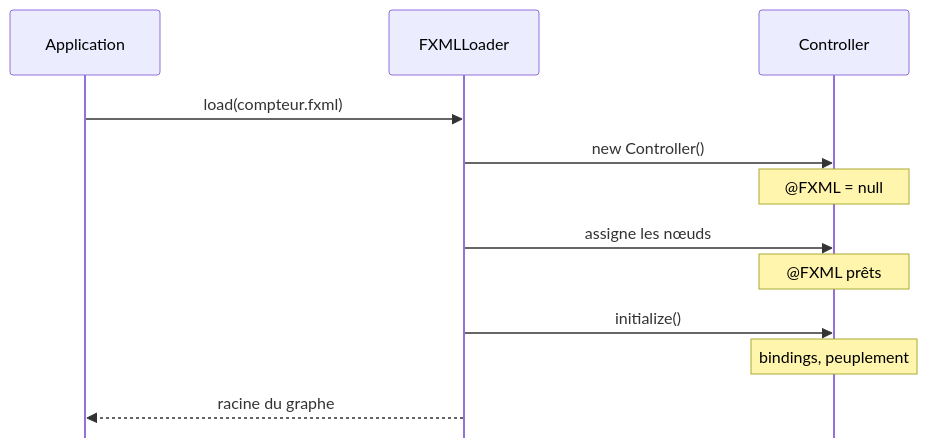
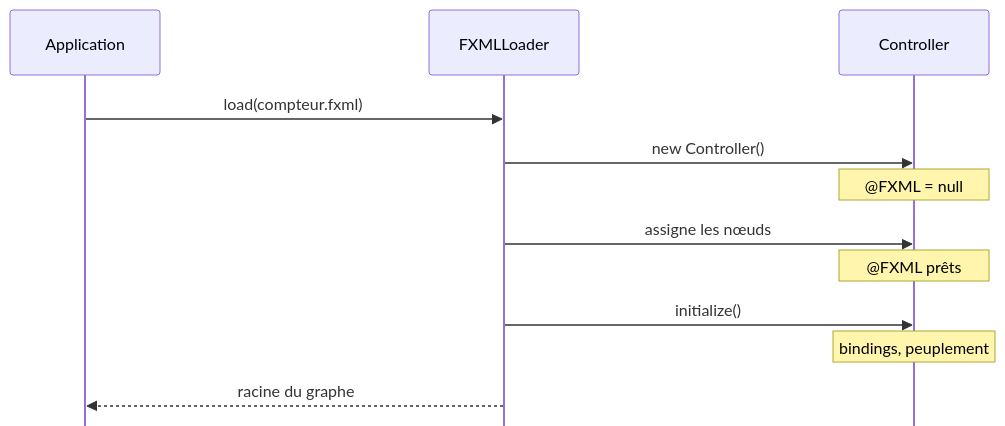
One commit to IUTInfoAix-R202/cours changed the diagram in scripts/kroki-sources/cm3-fxml-cycle-vie.mmd. Above: the diagram before and after it, drawn with Mermaid. The commit also changed 1 other file, not shown here.

Commit message:
style(cm3): ajustements fins du diagramme cycle de vie (polices 14/13, actorMargin 260)

```diff
--- a/scripts/kroki-sources/cm3-fxml-cycle-vie.mmd
+++ b/scripts/kroki-sources/cm3-fxml-cycle-vie.mmd
@@ -1,13 +1,13 @@
-%%{init: {'sequence': {'messageFontSize': 16, 'actorFontSize': 16, 'noteFontSize': 15, 'messageMargin': 30, 'boxMargin': 6, 'boxTextMargin': 4, 'noteMargin': 8, 'actorMargin': 220, 'mirrorActors': false, 'wrap': false}}}%%
+%%{init: {'sequence': {'messageFontSize': 14, 'actorFontSize': 14, 'noteFontSize': 13, 'messageMargin': 20, 'boxMargin': 6, 'boxTextMargin': 4, 'noteMargin': 6, 'actorMargin': 260, 'mirrorActors': false, 'wrap': false}}}%%
 sequenceDiagram
     participant App as Application
     participant FL as FXMLLoader
     participant C as Controller
     App->>FL: load(compteur.fxml)
     FL->>C: new Controller()
     Note over C: @FXML = null
     FL->>C: assigne les nœuds
     Note over C: @FXML prêts
     FL->>C: initialize()
     Note over C: bindings, peuplement
     FL-->>App: racine du graphe
```
